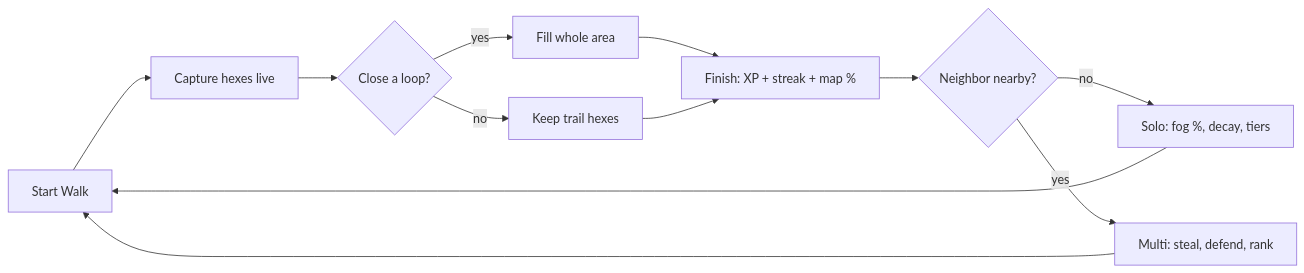
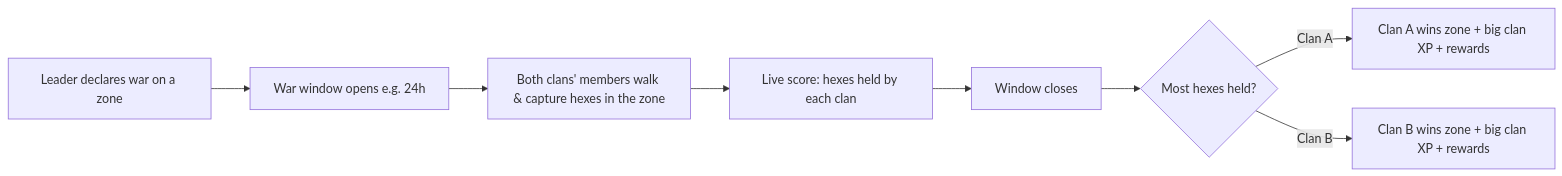
The second of 4 diagrams in ROADMAP.md (WarPro-Org/my_loop), drawn with Mermaid before and after one commit. The commit also changed other lines of this file, not shown here.

First line of the commit message:
docs: refocus roadmap on features — clans, territory wars, visible map

````diff
--- a/ROADMAP.md
+++ b/ROADMAP.md
@@ -21,14 +80,10 @@
 ```mermaid
 flowchart LR
-    A[Start Walk] --> B[Capture hexes live]
-    B --> C{Close a loop?}
-    C -- yes --> D[Fill whole area]
-    C -- no --> E[Keep trail hexes]
-    D --> F[Finish: XP + streak + map %]
-    E --> F
-    F --> G{Neighbor nearby?}
-    G -- no --> H[Solo: fog %, decay, tiers]
-    G -- yes --> I[Multi: steal, defend, rank]
-    H --> A
-    I --> A
+    D[Leader declares war on a zone] --> W[War window opens e.g. 24h]
+    W --> M[Both clans' members walk & capture hexes in the zone]
+    M --> S[Live score: hexes held by each clan]
+    S --> E[Window closes]
+    E --> V{Most hexes held?}
+    V -- Clan A --> RA[Clan A wins zone + big clan XP + rewards]
+    V -- Clan B --> RB[Clan B wins zone + big clan XP + rewards]
 ```
````
